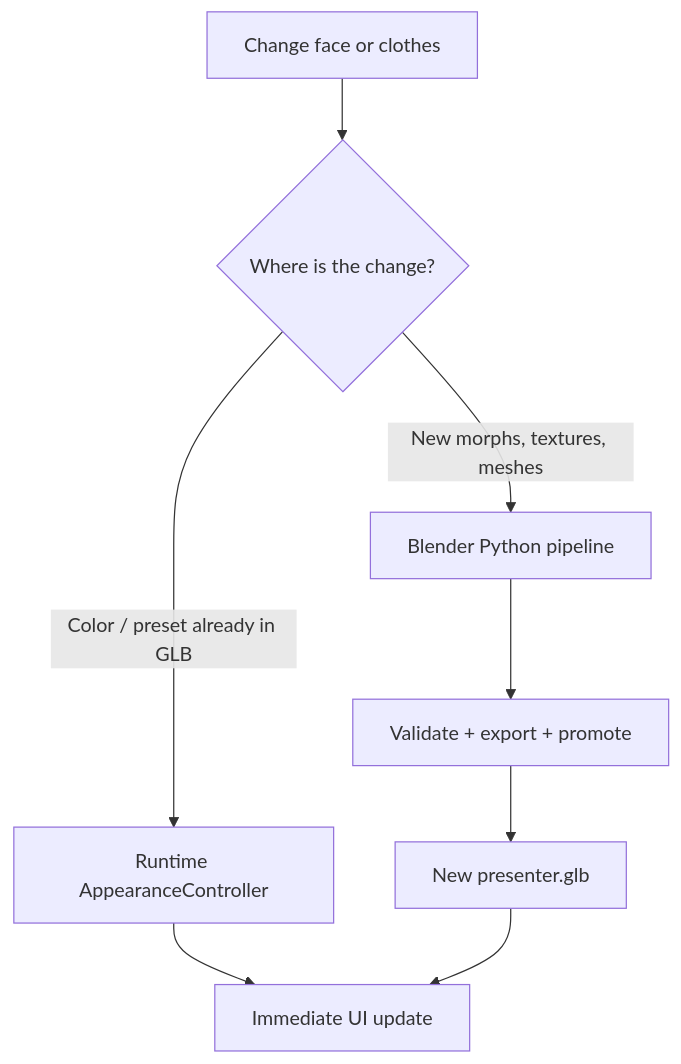
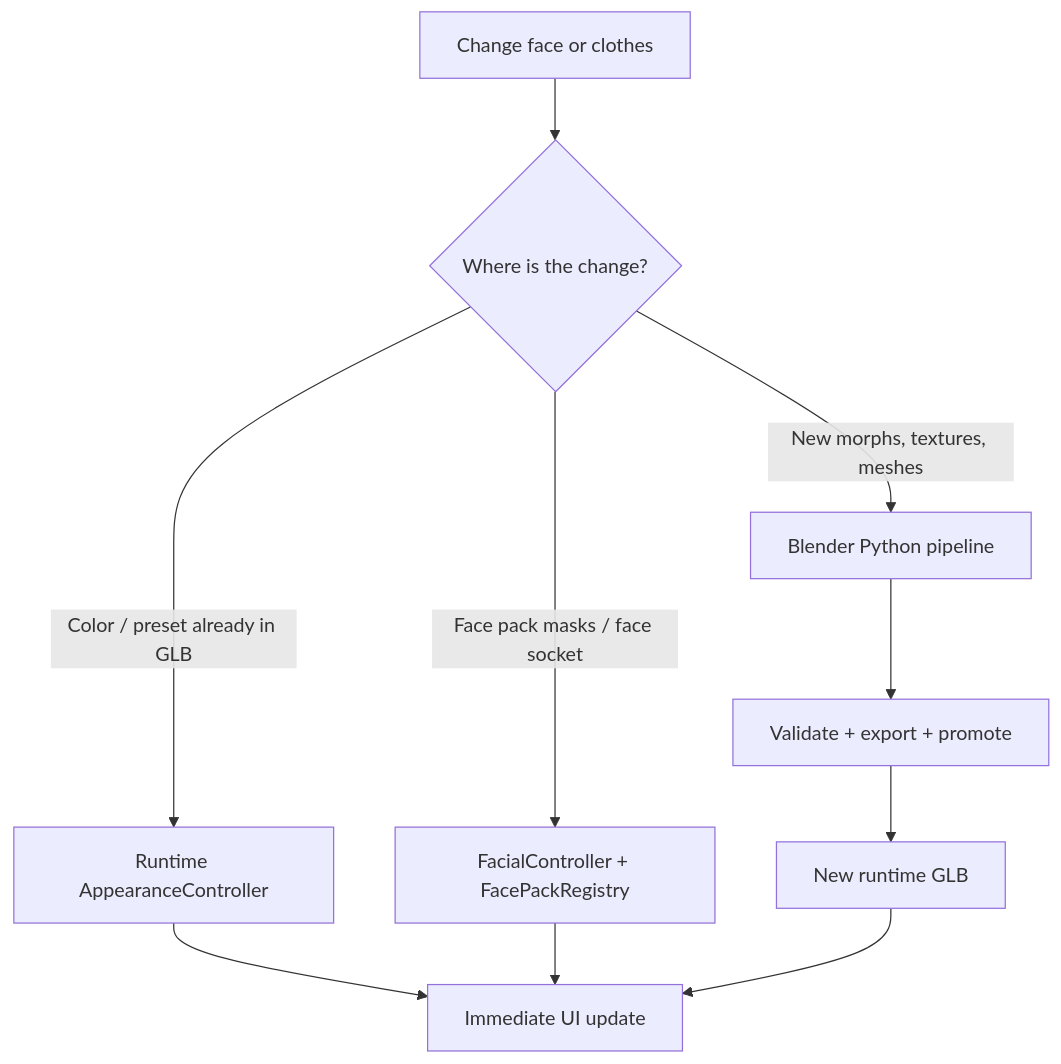
Before and after one commit to HowardHarrison/3D_AI_Avatar: the sixth of 7 diagrams in docs/Overall_Architecture.md, drawn with Mermaid. The commit also changed other lines of this file and 7 other files, not shown here.

Commit message:
[Edit & Add] architecture file in the project

````diff
--- a/docs/Overall_Architecture.md
+++ b/docs/Overall_Architecture.md
@@ -222,11 +265,13 @@
 ```mermaid
 flowchart TD
   REQ[Change face or clothes]
   REQ --> DEC{Where is the change?}
   DEC -->|Color / preset already in GLB| RT[Runtime AppearanceController]
+  DEC -->|Face pack masks / face socket| FP[FacialController + FacePackRegistry]
   DEC -->|New morphs, textures, meshes| BL[Blender Python pipeline]
   RT --> UI[Immediate UI update]
+  FP --> UI
   BL --> VAL[Validate + export + promote]
-  VAL --> GLB[New presenter.glb]
+  VAL --> GLB[New runtime GLB]
   GLB --> UI
 ```
````
